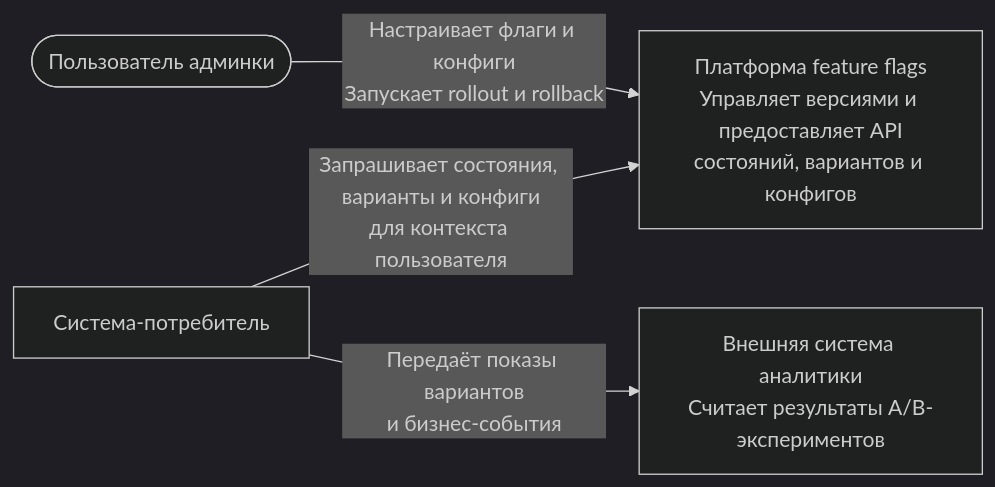
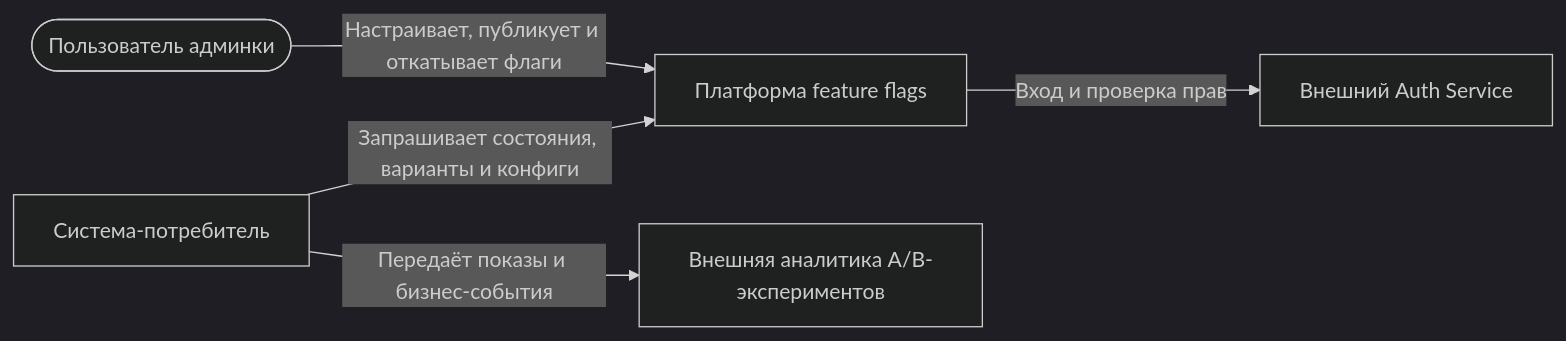
The diagram in docs/views/c4-context.md (lapakota/feature-flags-platform), drawn with Mermaid (dark theme) before and after one commit. The commit also changed other lines of this file and 3 other files, not shown here.

Commit message:
(docs): add docs for architecture analysis

````diff
--- a/docs/views/c4-context.md
+++ b/docs/views/c4-context.md
@@ -3,11 +3,13 @@
 ```mermaid
 flowchart LR
     admin_user([Пользователь админки])
     consumer[Система-потребитель]
-    platform[Платформа feature flags<br/>Управляет версиями и предоставляет API<br/>состояний, вариантов и конфигов]
-    analytics[Внешняя система аналитики<br/>Считает результаты A/B-экспериментов]
+    platform[Платформа feature flags]
+    auth[Внешний Auth Service]
+    analytics[Внешняя аналитика A/B-экспериментов]
 
-    admin_user -->|Настраивает флаги и конфиги<br/>Запускает rollout и rollback| platform
-    consumer -->|Запрашивает состояния, варианты и конфиги<br/>для контекста пользователя| platform
-    consumer -->|Передаёт показы вариантов<br/>и бизнес-события| analytics
+    admin_user -->|Настраивает, публикует и откатывает флаги| platform
+    consumer -->|Запрашивает состояния, варианты и конфиги| platform
+    platform -->|Вход и проверка прав| auth
+    consumer -->|Передаёт показы и бизнес-события| analytics
 ```
````
